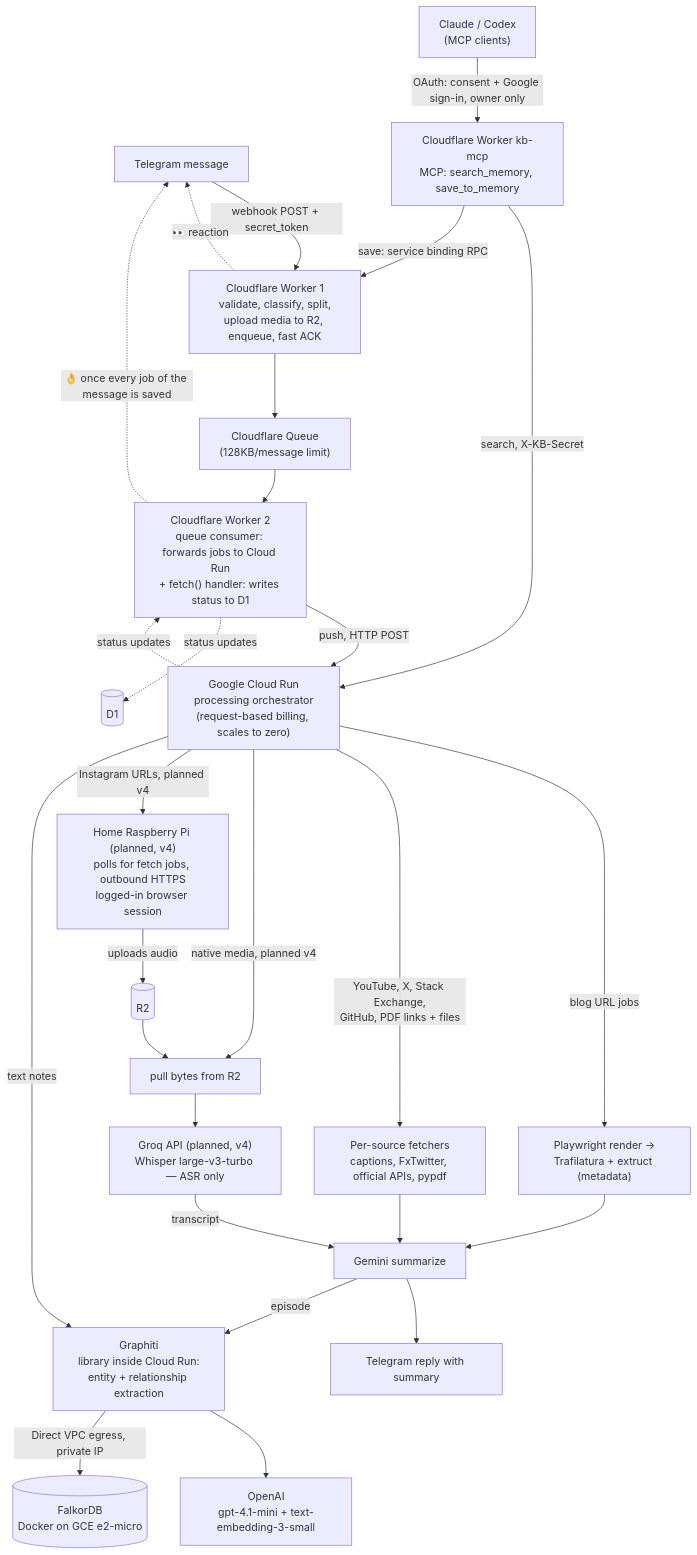
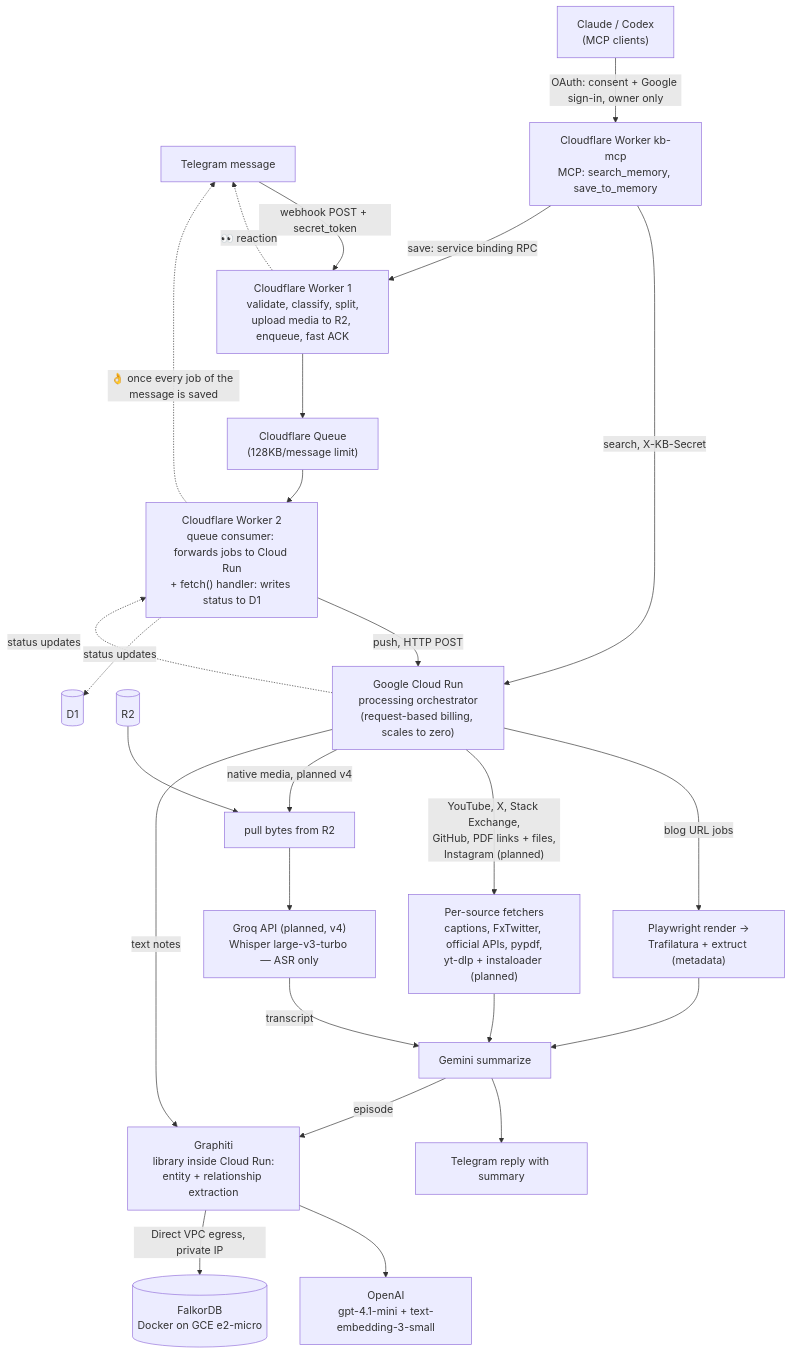
One commit to aayush7511/telegram-knowledge-base changed the diagram in docs/architecture.mmd. Above: the diagram before and after it, drawn with Mermaid. The commit also changed 47 other files, not shown here.

First line of the commit message:
feat(v3): YouTube home worker, Gemini retry, and entities+facts reply

```diff
--- a/docs/architecture.mmd
+++ b/docs/architecture.mmd
@@ -1,32 +1,30 @@
 flowchart TD
     TG[Telegram message] -->|webhook POST + secret_token| W1["Cloudflare Worker 1<br/>validate, classify, split,<br/>upload media to R2, enqueue, fast ACK"]
     W1 -.->|👀 reaction| TG
     W1 --> Q["Cloudflare Queue<br/>(128KB/message limit)"]
     Q --> W2["Cloudflare Worker 2<br/>queue consumer: forwards jobs to Cloud Run<br/>+ fetch() handler: writes status to D1"]
     W2 -->|push, HTTP POST| CR["Google Cloud Run<br/>processing orchestrator<br/>(request-based billing, scales to zero)"]
 
     CR -->|blog URL jobs| BLOG["Playwright render →<br/>Trafilatura + extruct (metadata)"]
     BLOG --> SUM["Gemini summarize"]
-    CR -->|YouTube, X, Stack Exchange,<br/>GitHub, PDF links + files| SRC["Per-source fetchers<br/>captions, FxTwitter, official APIs, pypdf"]
+    CR -->|"YouTube, X, Stack Exchange,<br/>GitHub, PDF links + files,<br/>Instagram (planned)"| SRC["Per-source fetchers<br/>captions, FxTwitter, official APIs, pypdf,<br/>yt-dlp + instaloader (planned)"]
     SRC --> SUM
     SUM --> REPLY[Telegram reply with summary]
 
     CR -->|native media, planned v4| MEDIA["pull bytes from R2"]
-    CR -->|Instagram URLs, planned v4| PI["Home Raspberry Pi (planned, v4)<br/>polls for fetch jobs, outbound HTTPS<br/>logged-in browser session"]
-    PI -->|uploads audio| R2[(R2)]
-    R2 --> MEDIA
+    R2[(R2)] --> MEDIA
     MEDIA --> GROQ["Groq API (planned, v4)<br/>Whisper large-v3-turbo — ASR only"]
     GROQ -->|transcript| SUM
 
     SUM -->|episode| GRAPHITI["Graphiti<br/>library inside Cloud Run:<br/>entity + relationship extraction"]
     CR -->|text notes| GRAPHITI
     GRAPHITI --> GLLM["OpenAI<br/>gpt-4.1-mini + text-embedding-3-small"]
     GRAPHITI -->|Direct VPC egress, private IP| KG[("FalkorDB<br/>Docker on GCE e2-micro")]
 
     MC["Claude / Codex<br/>(MCP clients)"] -->|OAuth: consent + Google sign-in, owner only| MCPW["Cloudflare Worker kb-mcp<br/>MCP: search_memory, save_to_memory"]
     MCPW -->|search, X-KB-Secret| CR
     MCPW -->|save: service binding RPC| W1
 
     CR -.->|status updates| W2
     W2 -.->|status updates| D1[(D1)]
     W2 -.->|👌 once every job of the message is saved| TG
```
